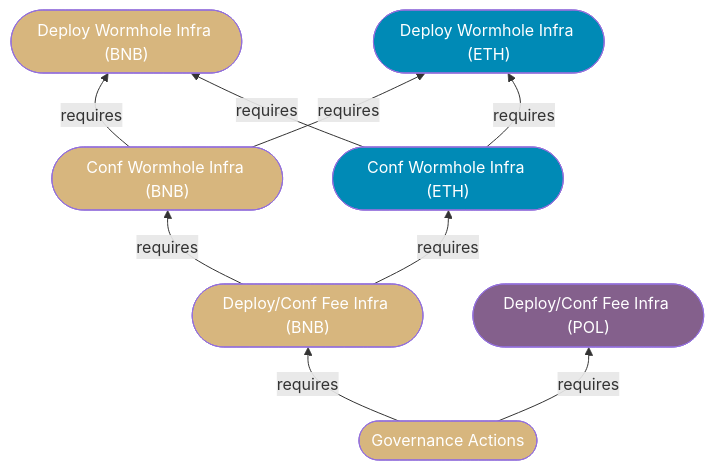
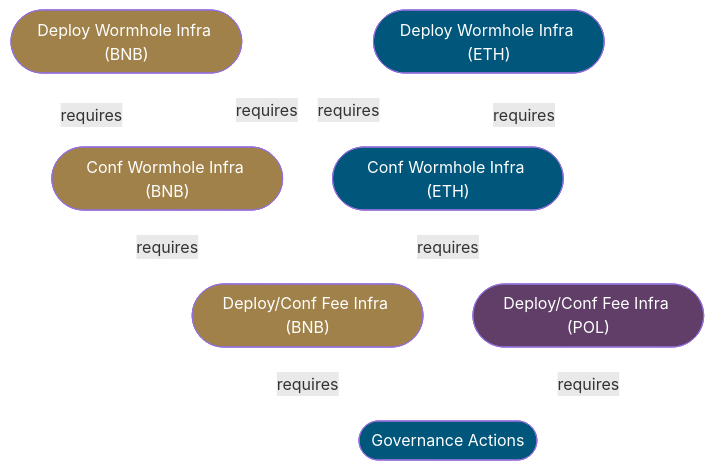
Before and after one commit to Uniswap/protocol-fees: the first of 7 diagrams in script/proposal-4/Index.md, drawn with Mermaid. The commit also changed other lines of this file, not shown here.

````diff
--- a/script/proposal-4/Index.md
+++ b/script/proposal-4/Index.md
@@ -65,23 +65,25 @@
 ```mermaid
 flowchart BT
     DWIB(["Deploy Wormhole Infra (BNB)"]):::on_bnb
     DWIE(["Deploy Wormhole Infra (ETH)"]):::on_eth
     CWIB(["Conf Wormhole Infra (BNB)"]):::on_bnb
     CWIE(["Conf Wormhole Infra (ETH)"]):::on_eth
     DCFIB(["Deploy/Conf Fee Infra (BNB)"]):::on_bnb
     DCFIP(["Deploy/Conf Fee Infra (POL)"]):::on_pol
-    GA(["Governance Actions"]):::on_bnb
+    GA(["Governance Actions"]):::on_eth
 
     GA      -->|requires| DCFIB
     GA      -->|requires| DCFIP
     DCFIB   -->|requires| CWIB
     DCFIB   -->|requires| CWIE
     CWIB    -->|requires| DWIB
     CWIB    -->|requires| DWIE
     CWIE    -->|requires| DWIB
     CWIE    -->|requires| DWIE
 
-    classDef on_bnb fill:#d7b67e,color:#fff
-    classDef on_eth fill:#008ab6,color:#fff
-    classDef on_pol fill:#84608c,color:#fff
+    classDef on_bnb fill:#a0814a,color:#fff
+    classDef on_eth fill:#00567b,color:#fff
+    classDef on_pol fill:#603e68,color:#fff
+
+    linkStyle 0,1,2,3,4,5,6,7 stroke:#fff,stroke-width:4px
 ```
````
